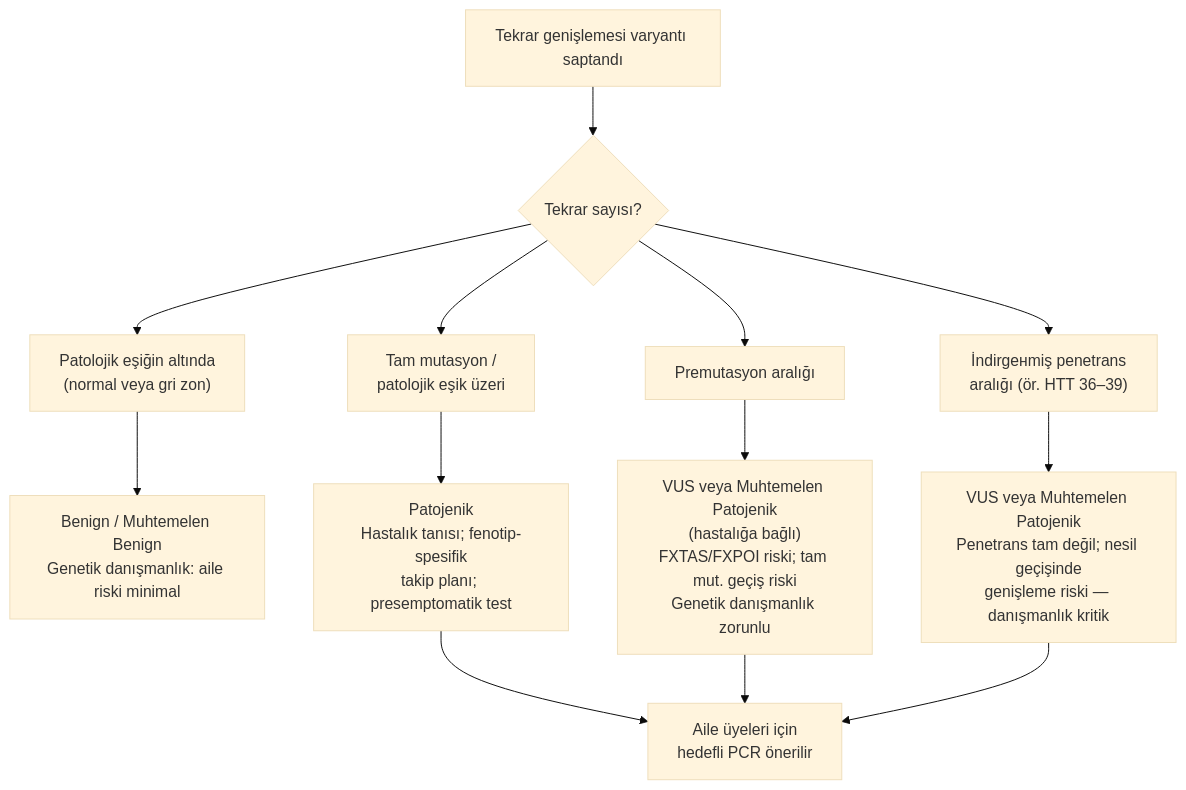
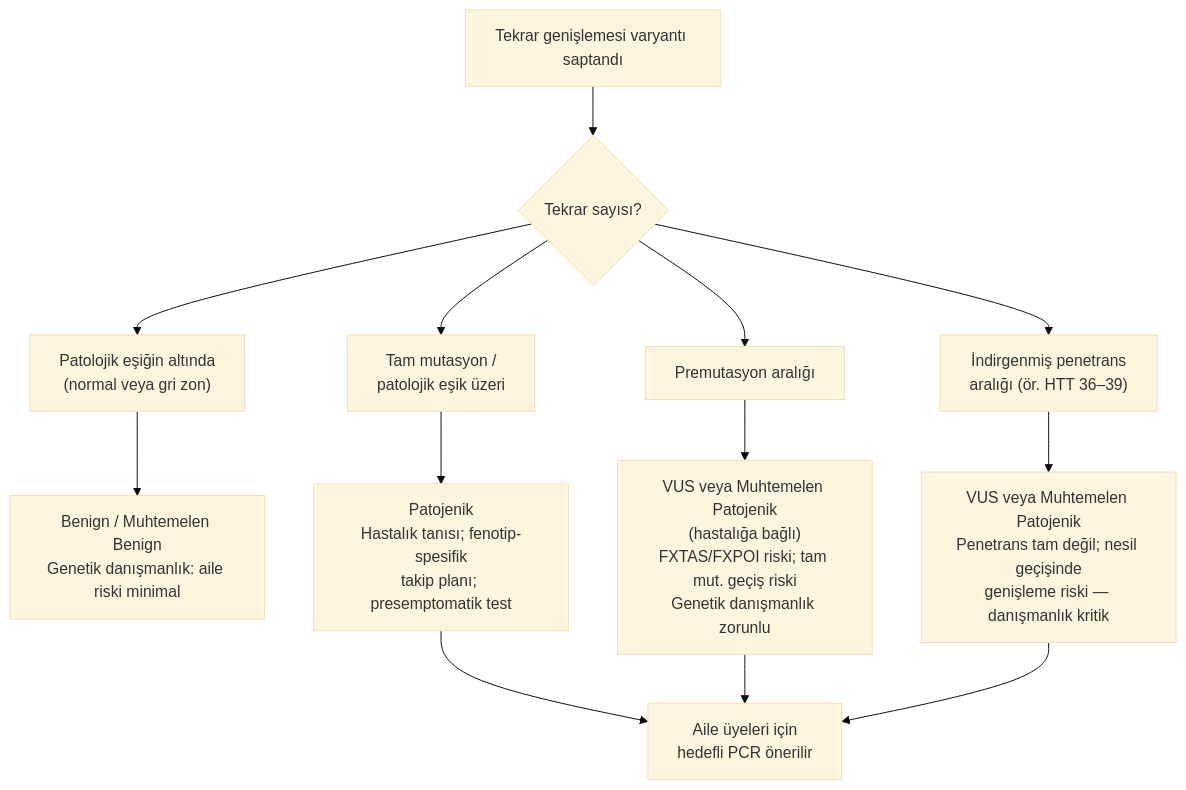
One commit to MDKalenderoglu/Mekanizma_Kitab- changed the first of 2 diagrams in Bölüm_09_Repeat_Expansion.md. Above: the diagram before and after it, drawn with Mermaid (base theme). The commit also changed other lines of this file and 18 other files, not shown here.

````diff
--- a/Bölüm_09_Repeat_Expansion.md
+++ b/Bölüm_09_Repeat_Expansion.md
@@ -158,15 +158,15 @@
 ```mermaid
 flowchart TD
   A["Tekrar genişlemesi varyantı saptandı"] --> B{"Tekrar sayısı?"}
-  B --> C["Patolojik eşiğin altında\n(normal veya gri zon)"]
+  B --> C["Patolojik eşiğin altında<br/>(normal veya gri zon)"]
   B --> D["Premutasyon aralığı"]
-  B --> E["İndirgенmiş penetrans\naralığı (ör. HTT 36–39)"]
-  B --> F["Tam mutasyon /\npatolojik eşik üzeri"]
-  C --> G["Benign / Muhtemelen Benign\nGenetik danışmanlık: aile riski minimal"]
-  D --> H["VUS veya Muhtemelen Patojenik\n(hastalığa bağlı)\nFXTAS/FXPOI riski; tam mut. geçiş riski\nGenetik danışmanlık zorunlu"]
-  E --> I["VUS veya Muhtemelen Patojenik\nPenetrans tam değil; nesil geçişinde\ngenişleme riski — danışmanlık kritik"]
-  F --> J["Patojenik\nHastalık tanısı; fenotip-spesifik\ntakip planı; presemptomatik test"]
-  J --> K["Aile üyeleri için\nhedefli PCR önerilir"]
+  B --> E["İndirgenmiş penetrans<br/>aralığı (ör. HTT 36–39)"]
+  B --> F["Tam mutasyon /<br/>patolojik eşik üzeri"]
+  C --> G["Benign / Muhtemelen Benign<br/>Genetik danışmanlık: aile riski minimal"]
+  D --> H["VUS veya Muhtemelen Patojenik<br/>(hastalığa bağlı)<br/>FXTAS/FXPOI riski; tam mut. geçiş riski<br/>Genetik danışmanlık zorunlu"]
+  E --> I["VUS veya Muhtemelen Patojenik<br/>Penetrans tam değil; nesil geçişinde<br/>genişleme riski — danışmanlık kritik"]
+  F --> J["Patojenik<br/>Hastalık tanısı; fenotip-spesifik<br/>takip planı; presemptomatik test"]
+  J --> K["Aile üyeleri için<br/>hedefli PCR önerilir"]
   H --> K
   I --> K
 ```
````
